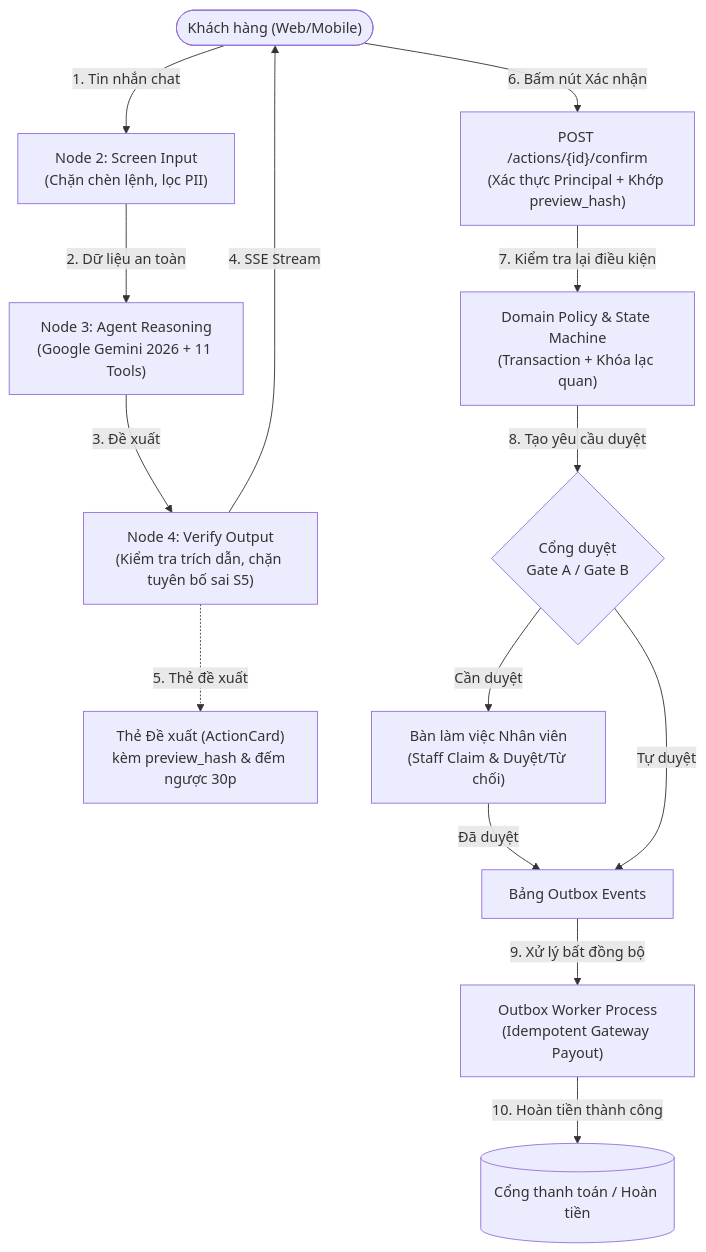
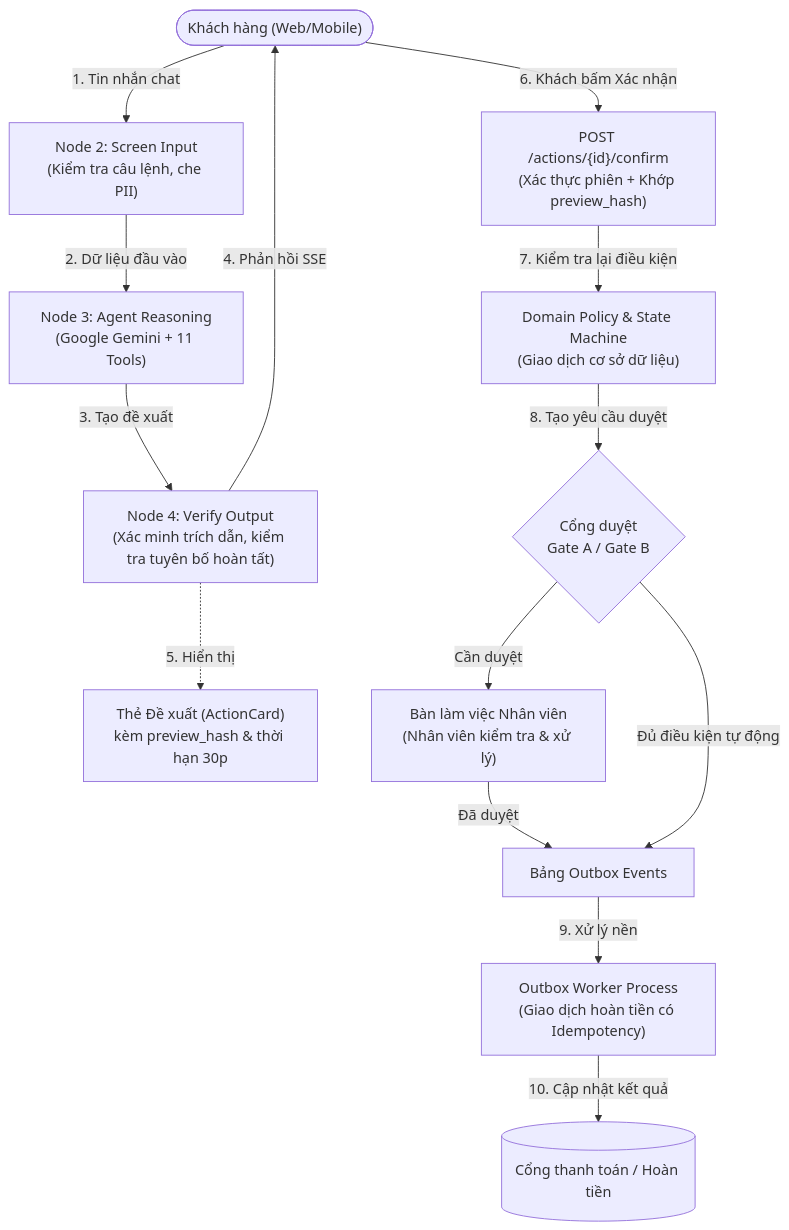
One commit to nvtanphat/support-shop changed the diagram in README.md. Above: the diagram before and after it, drawn with Mermaid. The commit also changed other lines of this file, not shown here.

````diff
--- a/README.md
+++ b/README.md
@@ -29,20 +29,20 @@
 ```mermaid
 flowchart TD
-    Customer(["Khách hàng (Web/Mobile)"]) -->|1. Tin nhắn chat| ScreenNode["Node 2: Screen Input\n(Chặn chèn lệnh, lọc PII)"]
-    ScreenNode -->|2. Dữ liệu an toàn| AgentNode["Node 3: Agent Reasoning\n(Google Gemini 2026 + 11 Tools)"]
-    AgentNode -->|3. Đề xuất| VerifyNode["Node 4: Verify Output\n(Kiểm tra trích dẫn, chặn tuyên bố sai S5)"]
-    VerifyNode -->|4. SSE Stream| Customer
+    Customer(["Khách hàng (Web/Mobile)"]) -->|1. Tin nhắn chat| ScreenNode["Node 2: Screen Input\n(Kiểm tra câu lệnh, che PII)"]
+    ScreenNode -->|2. Dữ liệu đầu vào| AgentNode["Node 3: Agent Reasoning\n(Google Gemini + 11 Tools)"]
+    AgentNode -->|3. Tạo đề xuất| VerifyNode["Node 4: Verify Output\n(Xác minh trích dẫn, kiểm tra tuyên bố hoàn tất)"]
+    VerifyNode -->|4. Phản hồi SSE| Customer
     
-    VerifyNode -.->|5. Thẻ đề xuất| ActionCard["Thẻ Đề xuất (ActionCard)\nkèm preview_hash & đếm ngược 30p"]
-    Customer -->|6. Bấm nút Xác nhận| ConfirmAPI["POST /actions/{id}/confirm\n(Xác thực Principal + Khớp preview_hash)"]
+    VerifyNode -.->|5. Hiển thị| ActionCard["Thẻ Đề xuất (ActionCard)\nkèm preview_hash & thời hạn 30p"]
+    Customer -->|6. Khách bấm Xác nhận| ConfirmAPI["POST /actions/{id}/confirm\n(Xác thực phiên + Khớp preview_hash)"]
     
-    ConfirmAPI -->|7. Kiểm tra lại điều kiện| DomainService["Domain Policy & State Machine\n(Transaction + Khóa lạc quan)"]
+    ConfirmAPI -->|7. Kiểm tra lại điều kiện| DomainService["Domain Policy & State Machine\n(Giao dịch cơ sở dữ liệu)"]
     DomainService -->|8. Tạo yêu cầu duyệt| ApprovalGate{"Cổng duyệt\nGate A / Gate B"}
     
-    ApprovalGate -->|Cần duyệt| StaffPortal["Bàn làm việc Nhân viên\n(Staff Claim & Duyệt/Từ chối)"]
+    ApprovalGate -->|Cần duyệt| StaffPortal["Bàn làm việc Nhân viên\n(Nhân viên kiểm tra & xử lý)"]
     StaffPortal -->|Đã duyệt| OutboxTable["Bảng Outbox Events"]
-    ApprovalGate -->|Tự duyệt| OutboxTable
+    ApprovalGate -->|Đủ điều kiện tự động| OutboxTable
     
-    OutboxTable -->|9. Xử lý bất đồng bộ| Worker["Outbox Worker Process\n(Idempotent Gateway Payout)"]
-    Worker -->|10. Hoàn tiền thành công| PaymentGateway[("Cổng thanh toán / Hoàn tiền")]
+    OutboxTable -->|9. Xử lý nền| Worker["Outbox Worker Process\n(Giao dịch hoàn tiền có Idempotency)"]
+    Worker -->|10. Cập nhật kết quả| PaymentGateway[("Cổng thanh toán / Hoàn tiền")]
 ```
````
